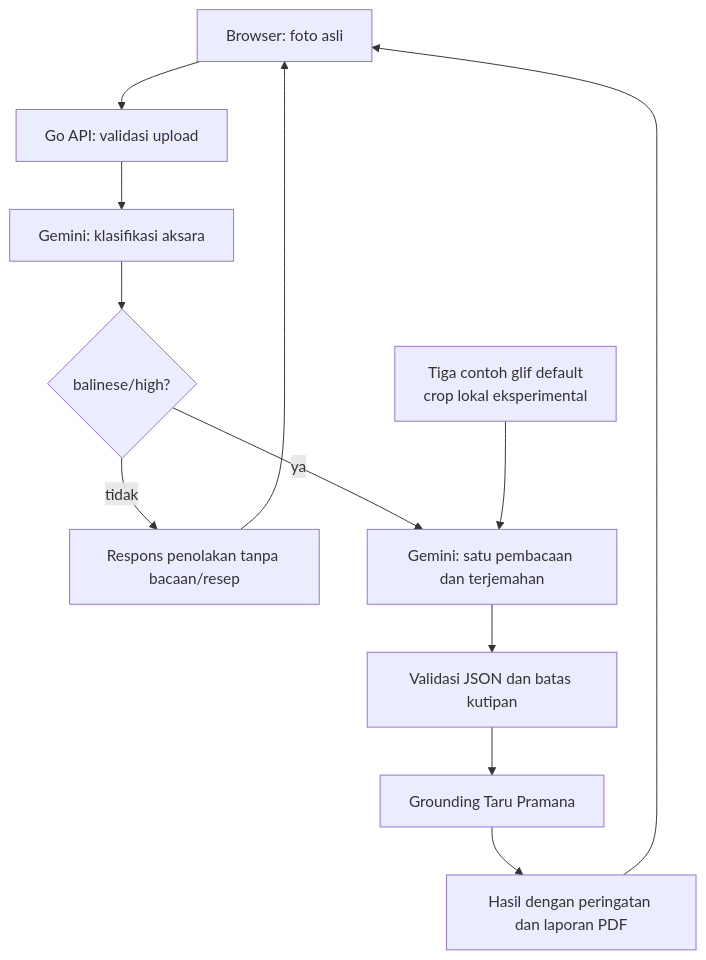
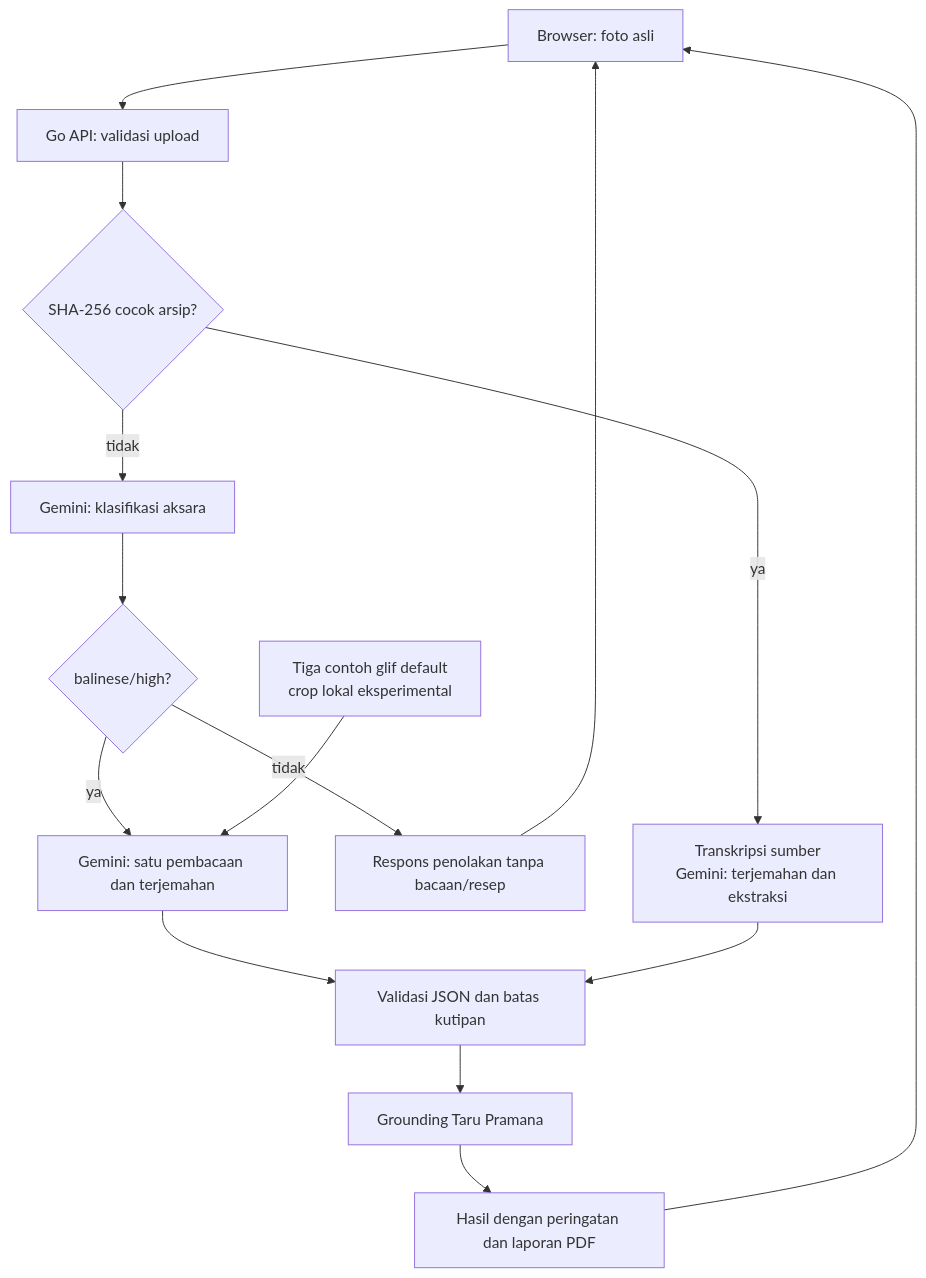
One commit to 0xMinomus/bukalontar changed the diagram in README.md. Above: the diagram before and after it, drawn with Mermaid. The commit also changed other lines of this file and 35 other files, not shown here.

````diff
--- a/README.md
+++ b/README.md
@@ -126,14 +130,17 @@
 ```mermaid
 flowchart TD
     U["Browser: foto asli"] --> A["Go API: validasi upload"]
-    A --> C["Gemini: klasifikasi aksara"]
+    A --> M{"SHA-256 cocok arsip?"}
+    M -->|tidak| C["Gemini: klasifikasi aksara"]
+    M -->|ya| T["Transkripsi sumber<br/>Gemini: terjemahan dan ekstraksi"]
     C --> D{"balinese/high?"}
     D -->|tidak| N["Respons penolakan tanpa bacaan/resep"]
     D -->|ya| R["Gemini: satu pembacaan dan terjemahan"]
     E["Tiga contoh glif default<br/>crop lokal eksperimental"] --> R
     R --> V["Validasi JSON dan batas kutipan"]
+    T --> V
     V --> K["Grounding Taru Pramana"]
     K --> H["Hasil dengan peringatan dan laporan PDF"]
     N --> U
     H --> U
 ```
````
